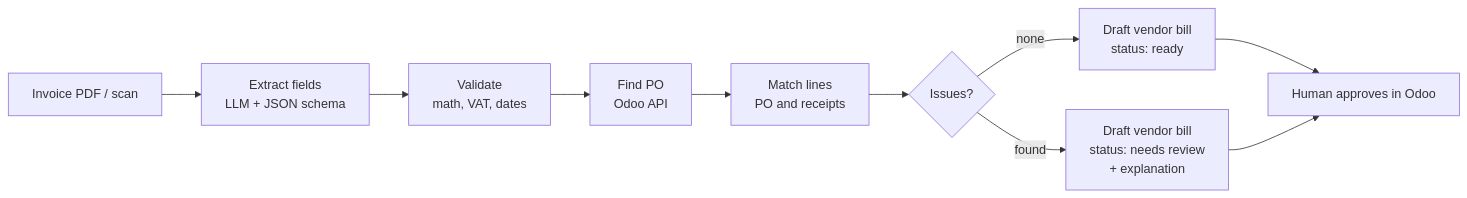
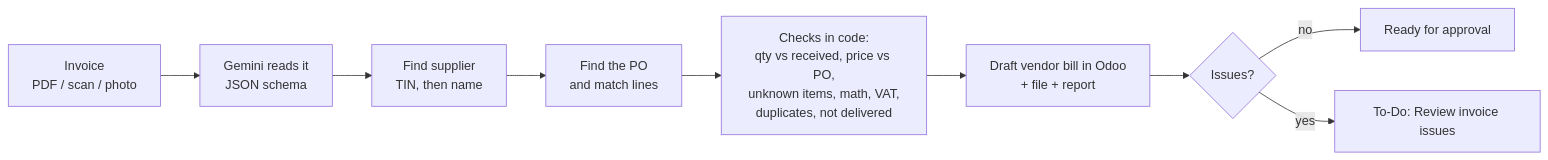
Before and after one commit to hokors/invoice-match-agent: the diagram in README.md, drawn with Mermaid. The commit also changed other lines of this file and 1 other file, not shown here.

````diff
--- a/README.md
+++ b/README.md
@@ -46,12 +42,11 @@
 ```mermaid
 flowchart LR
-    I[Invoice PDF / scan] --> X[Extract fields<br/>LLM + JSON schema]
-    X --> V[Validate<br/>math, VAT, dates]
-    V --> F[Find PO<br/>Odoo API]
-    F --> M[Match lines<br/>PO and receipts]
-    M --> C{Issues?}
-    C -- none --> D[Draft vendor bill<br/>status: ready]
-    C -- found --> E[Draft vendor bill<br/>status: needs review<br/>+ explanation]
-    D --> H[Human approves in Odoo]
-    E --> H
+    I[Invoice<br/>PDF / scan / photo] --> X[Gemini reads it<br/>JSON schema]
+    X --> S[Find supplier<br/>TIN, then name]
+    S --> P[Find the PO<br/>and match lines]
+    P --> C[Checks in code:<br/>qty vs received, price vs PO,<br/>unknown items, math, VAT,<br/>duplicates, not delivered]
+    C --> B[Draft vendor bill in Odoo<br/>+ file + report]
+    B --> R{Issues?}
+    R -- no --> OK[Ready for approval]
+    R -- yes --> TD[To-Do: Review invoice issues]
 ```
````
